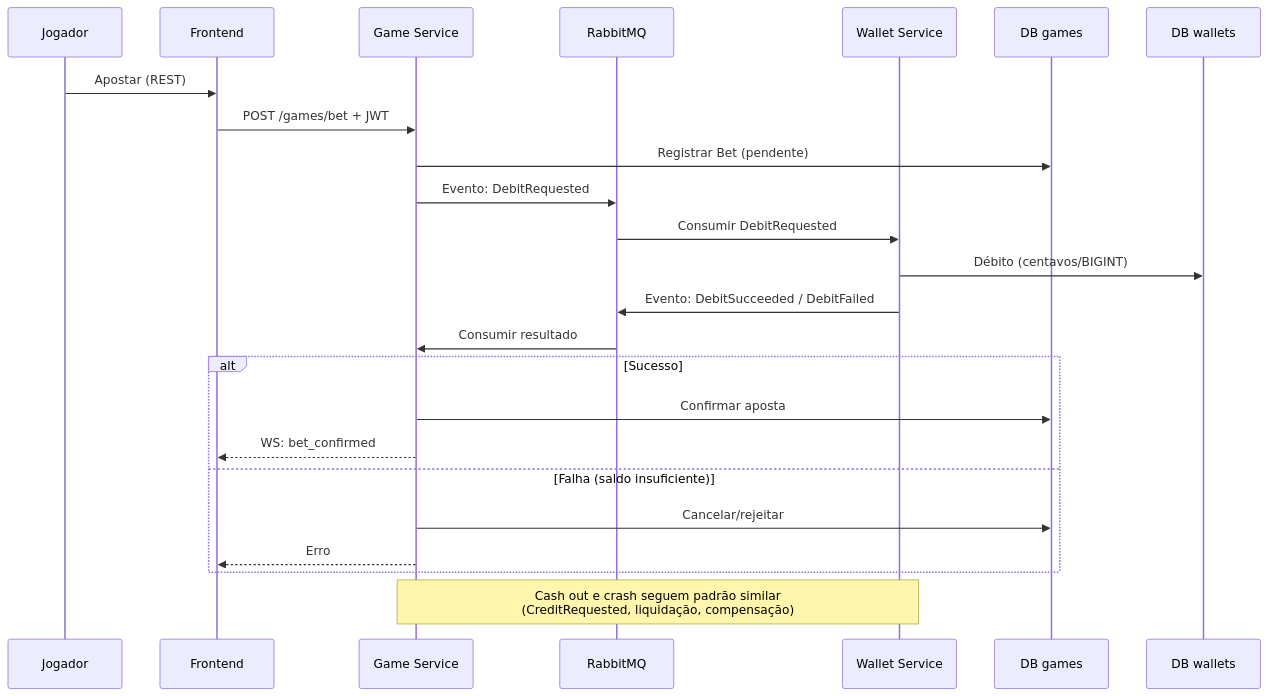
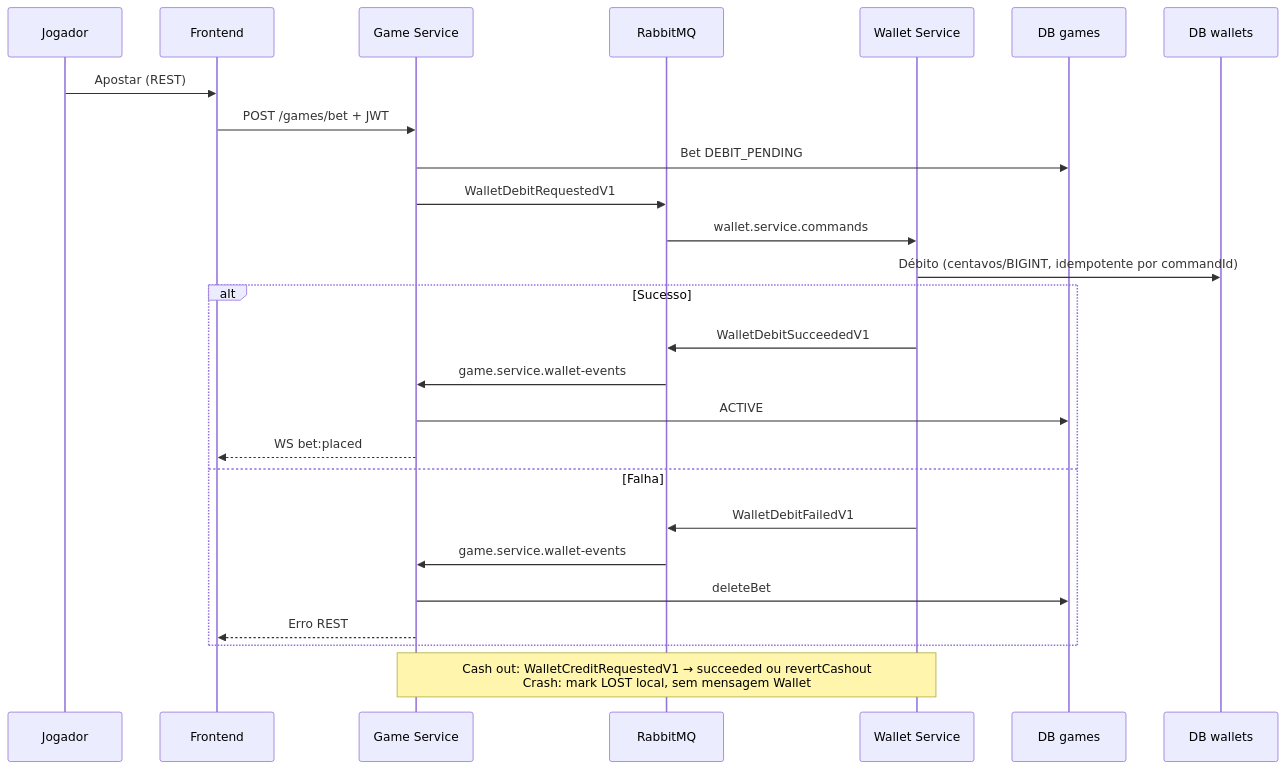
Before and after one commit to BielPinto/fullstack-challenge: the second of 5 diagrams in ARCHITECTURE.md, drawn with Mermaid. The commit also changed other lines of this file and 1 other file, not shown here.

Commit message:
feat: document messaging architecture and implement saga patterns for wallet interactions in Crash Game

````diff
--- a/ARCHITECTURE.md
+++ b/ARCHITECTURE.md
@@ -208,28 +218,30 @@
 ```mermaid
 sequenceDiagram
     participant U as Jogador
     participant FE as Frontend
     participant G as Game Service
     participant RMQ as RabbitMQ
     participant W as Wallet Service
     participant DB_G as DB games
     participant DB_W as DB wallets
 
     U->>FE: Apostar (REST)
     FE->>G: POST /games/bet + JWT
-    G->>DB_G: Registrar Bet (pendente)
-    G->>RMQ: Evento: DebitRequested
-    RMQ->>W: Consumir DebitRequested
-    W->>DB_W: Débito (centavos/BIGINT)
-    W->>RMQ: Evento: DebitSucceeded / DebitFailed
-    RMQ->>G: Consumir resultado
+    G->>DB_G: Bet DEBIT_PENDING
+    G->>RMQ: WalletDebitRequestedV1
+    RMQ->>W: wallet.service.commands
+    W->>DB_W: Débito (centavos/BIGINT, idempotente por commandId)
     alt Sucesso
-        G->>DB_G: Confirmar aposta
-        G-->>FE: WS: bet_confirmed
-    else Falha (saldo insuficiente)
-        G->>DB_G: Cancelar/rejeitar
-        G-->>FE: Erro
+        W->>RMQ: WalletDebitSucceededV1
+        RMQ->>G: game.service.wallet-events
+        G->>DB_G: ACTIVE
+        G-->>FE: WS bet:placed
+    else Falha
+        W->>RMQ: WalletDebitFailedV1
+        RMQ->>G: game.service.wallet-events
+        G->>DB_G: deleteBet
+        G-->>FE: Erro REST
     end
 
-    Note over G,W: Cash out e crash seguem padrão similar<br/>(CreditRequested, liquidação, compensação)
+    Note over G,W: Cash out: WalletCreditRequestedV1 → succeeded ou revertCashout<br/>Crash: mark LOST local, sem mensagem Wallet
 ```
````
